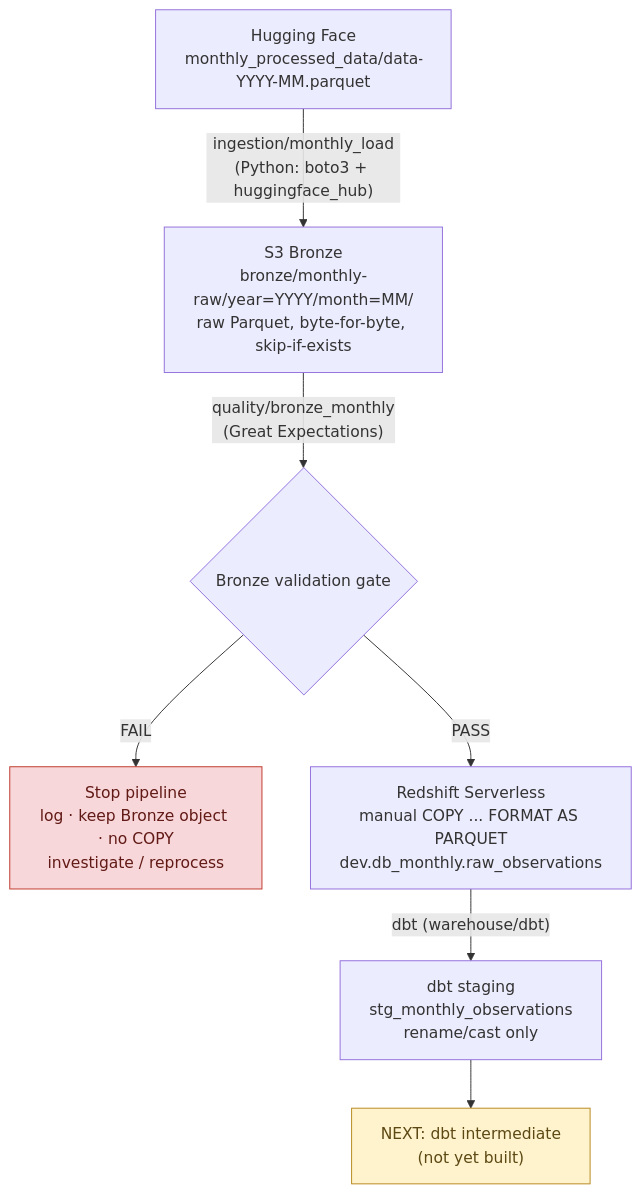
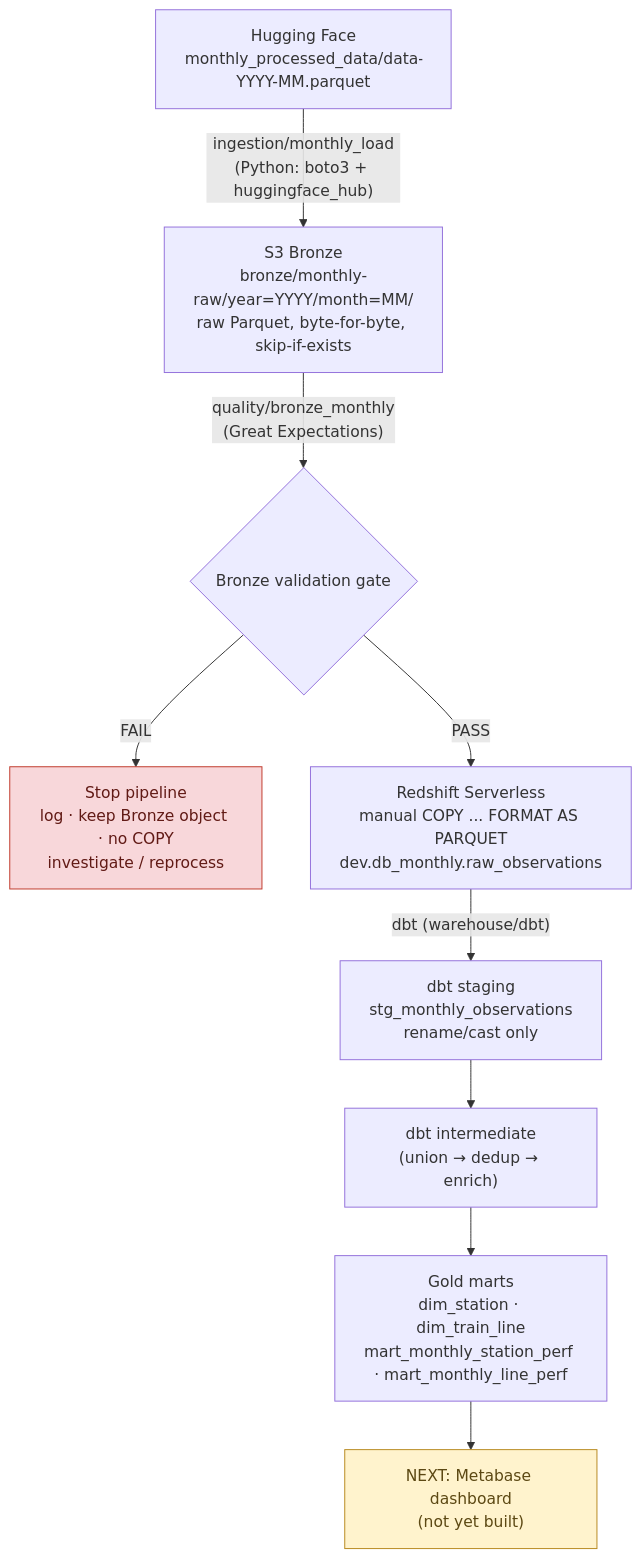
The first of 2 diagrams in docs/architecture.md (koutafraout/deutsche-bahn-end-to-end-analytics-pipeline), drawn with Mermaid before and after one commit. The commit also changed other lines of this file, not shown here.

Commit message:
docs: document Metabase as the serving layer in architecture.md

````diff
--- a/docs/architecture.md
+++ b/docs/architecture.md
@@ -23,17 +23,19 @@
 ```mermaid
 flowchart TD
     A["Hugging Face<br/>monthly_processed_data/data-YYYY-MM.parquet"]
     A -->|"ingestion/monthly_load<br/>(Python: boto3 + huggingface_hub)"| B
     B["S3 Bronze<br/>bronze/monthly-raw/year=YYYY/month=MM/<br/>raw Parquet, byte-for-byte, skip-if-exists"]
     B -->|"quality/bronze_monthly<br/>(Great Expectations)"| C
     C{"Bronze validation gate"}
     C -->|FAIL| X["Stop pipeline<br/>log · keep Bronze object · no COPY<br/>investigate / reprocess"]
     C -->|PASS| D
     D["Redshift Serverless<br/>manual COPY ... FORMAT AS PARQUET<br/>dev.db_monthly.raw_observations"]
     D -->|"dbt (warehouse/dbt)"| E
     E["dbt staging<br/>stg_monthly_observations<br/>rename/cast only"]
-    E --> F["NEXT: dbt intermediate<br/>(not yet built)"]
+    E --> F["dbt intermediate<br/>(union → dedup → enrich)"]
+    F --> G["Gold marts<br/>dim_station · dim_train_line<br/>mart_monthly_station_perf · mart_monthly_line_perf"]
+    G --> H["NEXT: Metabase dashboard<br/>(not yet built)"]
 
     style X fill:#f8d7da,stroke:#c0392b,color:#611a15
-    style F fill:#fff3cd,stroke:#b7891f,color:#5c4813
+    style H fill:#fff3cd,stroke:#b7891f,color:#5c4813
 ```
````
